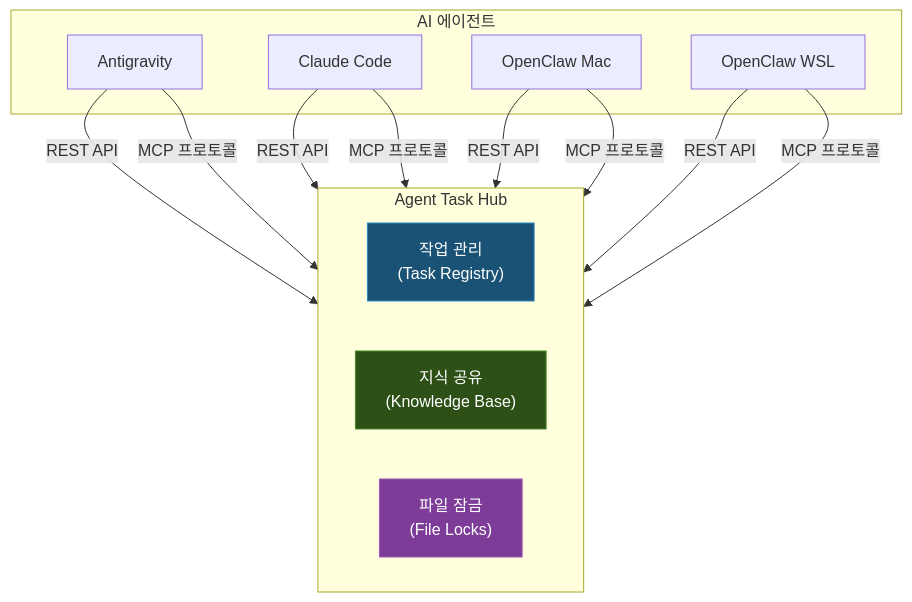
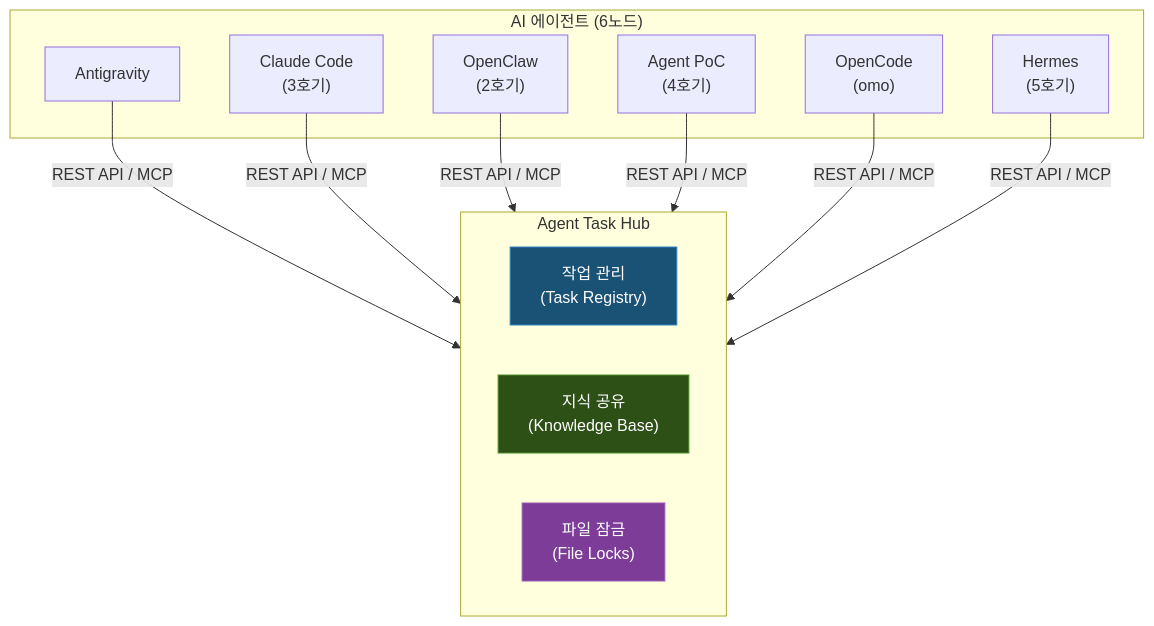
One commit to whguswka/whguswka.github.io changed the first of 4 diagrams in _posts/2026-03-27-multi-agent-orchestration.md. Above: the diagram before and after it, drawn with Mermaid. The commit also changed other lines of this file and 4 other files, not shown here.

````diff
--- a/_posts/2026-03-27-multi-agent-orchestration.md
+++ b/_posts/2026-03-27-multi-agent-orchestration.md
@@ -67,22 +69,23 @@
 ```mermaid
 graph TB
     subgraph ATH["Agent Task Hub"]
         T["작업 관리\n(Task Registry)"]
         K["지식 공유\n(Knowledge Base)"]
         L["파일 잠금\n(File Locks)"]
     end
 
-    subgraph Agents["AI 에이전트"]
+    subgraph Agents["AI 에이전트 (6노드)"]
         AG[Antigravity]
-        CC[Claude Code]
-        CM[OpenClaw Mac]
-        CW[OpenClaw WSL]
+        CC["Claude Code\n(3호기)"]
+        CM["OpenClaw\n(2호기)"]
+        AP["Agent PoC\n(4호기)"]
+        OMO["OpenCode\n(omo)"]
+        HM["Hermes\n(5호기)"]
     end
 
-    AG & CC & CM & CW -->|REST API| ATH
-    AG & CC & CM & CW -->|MCP 프로토콜| ATH
+    AG & CC & CM & AP & OMO & HM -->|REST API / MCP| ATH
 
     style T fill:#1a5276,stroke:#2e86c1,color:#fff
     style K fill:#2d5016,stroke:#4a8c2a,color:#fff
     style L fill:#7d3c98,stroke:#9b59b6,color:#fff
 ```
````
